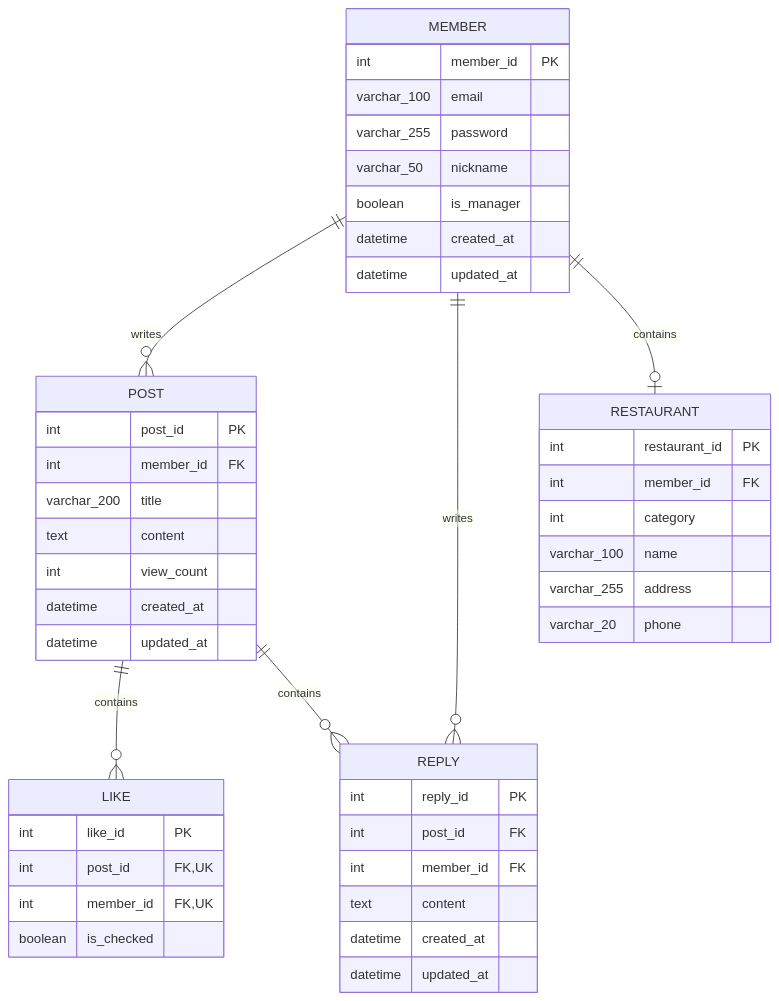
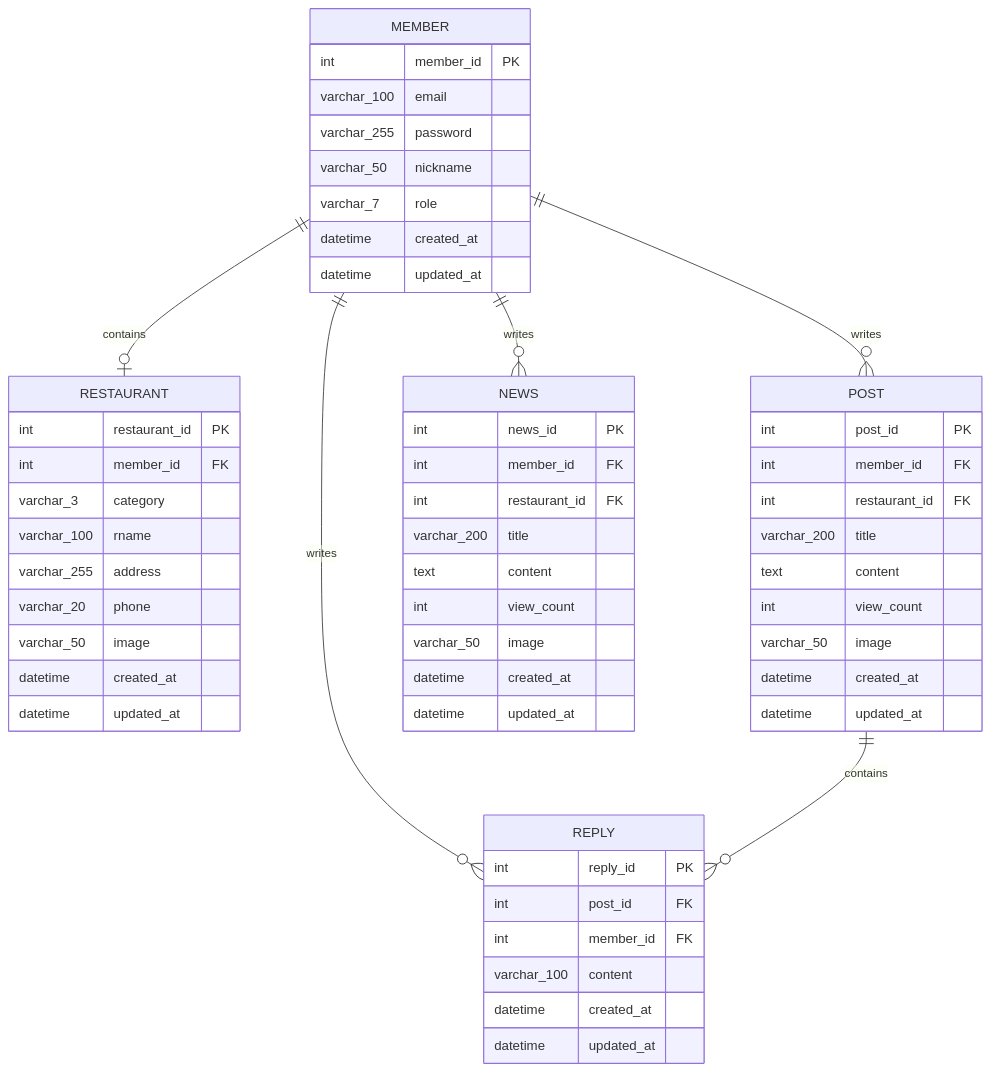
Before and after one commit to Vioeon/byte_and_bite: the diagram in docs/02_design/02_erd.md, drawn with Mermaid. The commit also changed other lines of this file and 32 other files, not shown here.

````diff
--- a/docs/02_design/02_erd.md
+++ b/docs/02_design/02_erd.md
@@ -13,53 +13,63 @@
 ```mermaid
 erDiagram
+    MEMBER ||--o| RESTAURANT : contains
     MEMBER ||--o{ POST : writes
     MEMBER ||--o{ REPLY : writes
-    MEMBER ||--o| RESTAURANT : contains
-    POST ||--o{ LIKE : contains
+    MEMBER ||--o{ NEWS : writes
     POST ||--o{ REPLY : contains
 
     MEMBER {
         int member_id PK
         varchar_100 email
         varchar_255 password
         varchar_50 nickname
-        boolean is_manager
+        varchar_7 role
         datetime created_at
         datetime updated_at
     }
     
     RESTAURANT {
         int restaurant_id PK
         int member_id FK
-        int category
-        varchar_100 name
+        varchar_3 category
+        varchar_100 rname
         varchar_255 address
         varchar_20 phone
+        varchar_50 image
+        datetime created_at
+        datetime updated_at
     }
 
     POST {
         int post_id PK
         int member_id FK
+        int restaurant_id FK
         varchar_200 title
         text content
         int view_count
+        varchar_50 image
         datetime created_at
         datetime updated_at
     }
     
-    LIKE {
-        int like_id PK
-        int post_id FK, UK
-        int member_id FK, UK
-        boolean is_checked
+    NEWS {
+        int news_id PK
+        int member_id FK
+        int restaurant_id FK
+        varchar_200 title
+        text content
+        int view_count
+        varchar_50 image
+        datetime created_at
+        datetime updated_at
     }
 
     REPLY {
         int reply_id PK
         int post_id FK
         int member_id FK
-        text content
+        varchar_100 content
         datetime created_at
         datetime updated_at
     }
 ```
````
